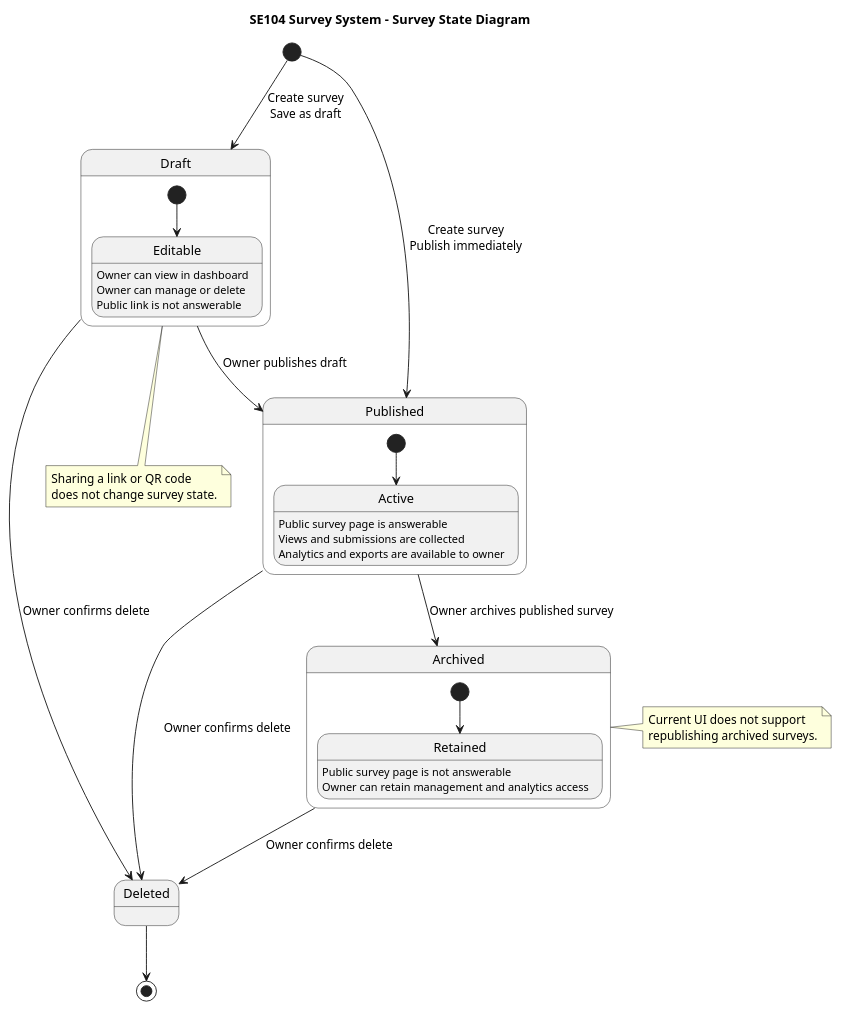
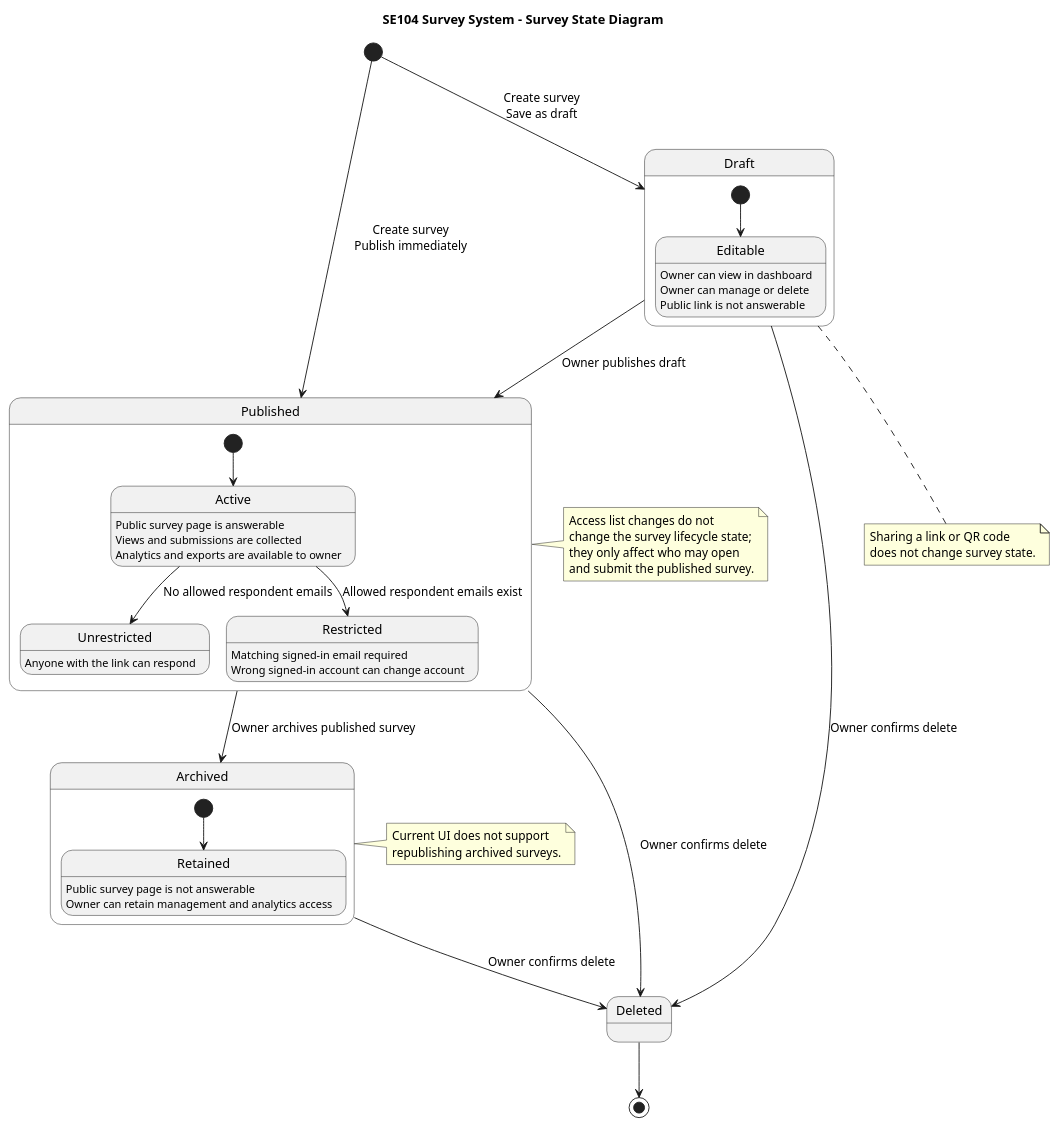
Before and after one commit to thaiminh2022/se104-survey-system: the diagram in docs/diagrams/state/survey-state-diagram.puml, drawn with PlantUML. The commit also changed 7 other files, not shown here.

Commit message:
update diagrams

```diff
--- a/docs/diagrams/state/survey-state-diagram.puml
+++ b/docs/diagrams/state/survey-state-diagram.puml
@@ -1,48 +1,60 @@
 @startuml
 title SE104 Survey System - Survey State Diagram
 
 skinparam shadowing false
 
 [*] --> Draft : Create survey\nSave as draft
 [*] --> Published : Create survey\nPublish immediately
 
 state Draft {
   [*] --> Editable
   Editable : Owner can view in dashboard
   Editable : Owner can manage or delete
   Editable : Public link is not answerable
 }
 
 state Published {
   [*] --> Active
   Active : Public survey page is answerable
   Active : Views and submissions are collected
   Active : Analytics and exports are available to owner
+  Active --> Unrestricted : No allowed respondent emails
+  Active --> Restricted : Allowed respondent emails exist
+  Unrestricted : Anyone with the link can respond
+  Restricted : Matching signed-in email required
+  Restricted : Wrong signed-in account can change account
 }
 
 state Archived {
   [*] --> Retained
   Retained : Public survey page is not answerable
   Retained : Owner can retain management and analytics access
 }
 
 Draft --> Published : Owner publishes draft
 Published --> Archived : Owner archives published survey
 
 Draft --> Deleted : Owner confirms delete
 Published --> Deleted : Owner confirms delete
 Archived --> Deleted : Owner confirms delete
 
 Deleted --> [*]
 
 note right of Archived
 Current UI does not support
 republishing archived surveys.
 end note
 
 note bottom of Draft
 Sharing a link or QR code
 does not change survey state.
 end note
 
+note right of Published
+Access list changes do not
+change the survey lifecycle state;
+they only affect who may open
+and submit the published survey.
+end note
+
 @enduml
```
